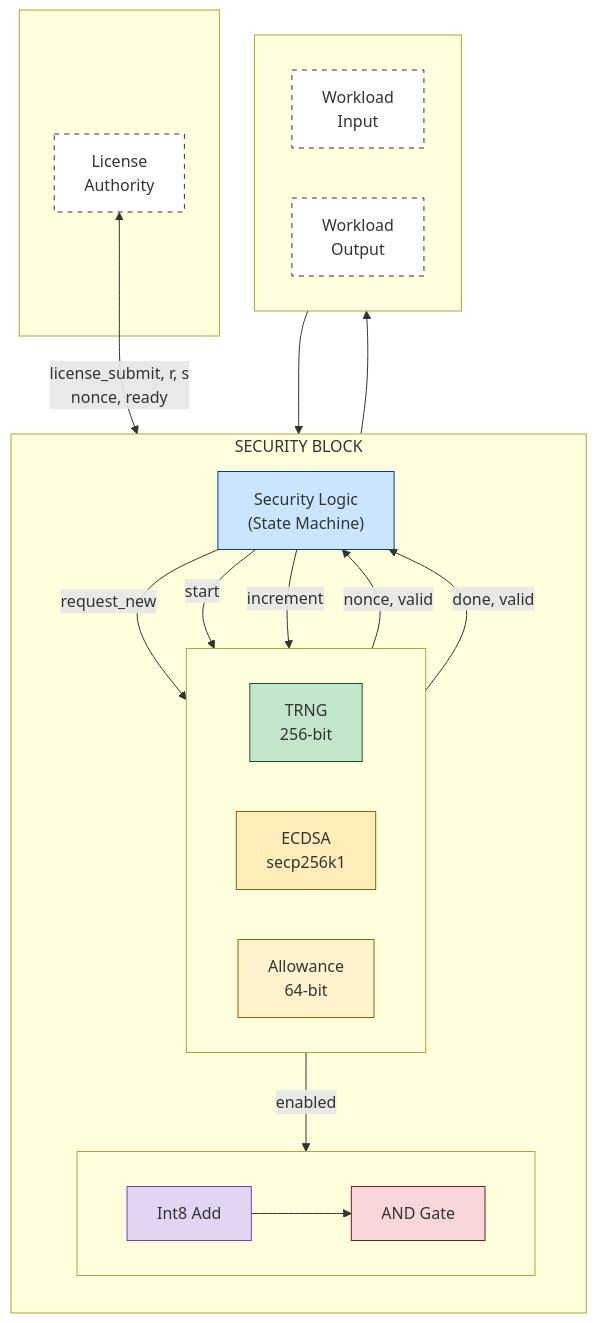
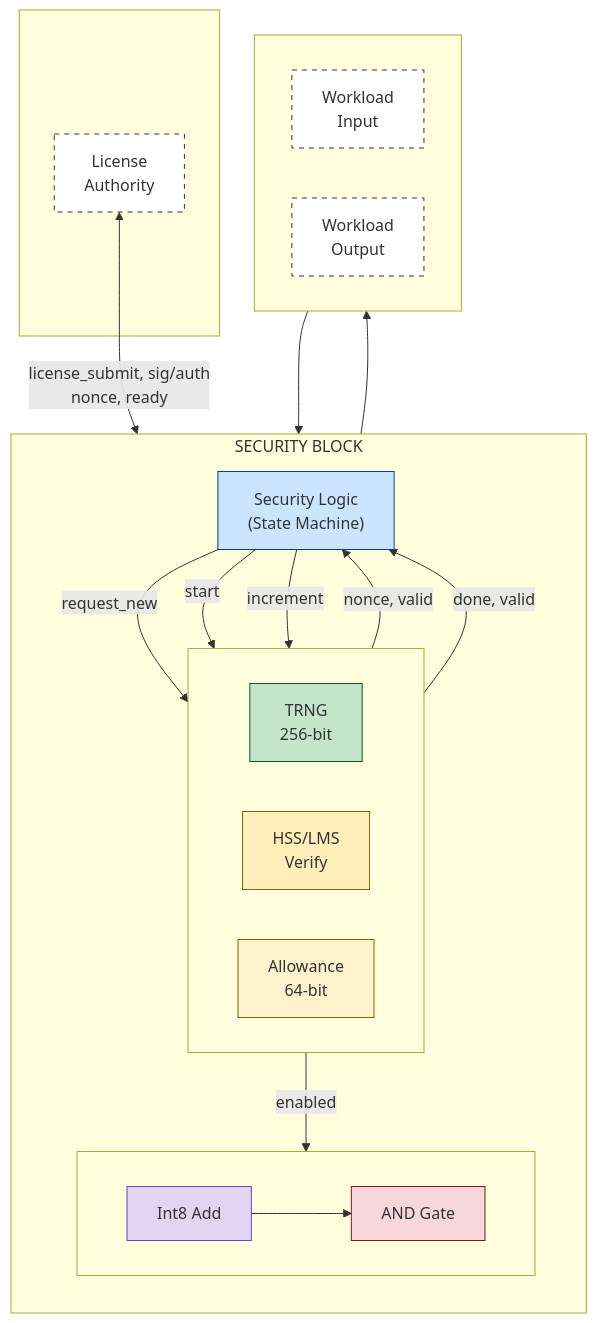
Before and after one commit to JamesPetrie/off-switch: the first of 3 diagrams in README.md, drawn with Mermaid. The commit also changed other lines of this file, not shown here.

First line of the commit message:
Update README for HSS/LMS replacement of ECDSA

````diff
--- a/README.md
+++ b/README.md
@@ -69,50 +73,50 @@
 ```mermaid
 flowchart TB
     subgraph external_left[" "]
         AUTH["License<br/>Authority"]:::external
     end
 
     subgraph SECURITY_BLOCK["SECURITY BLOCK"]
         direction TB
         SL["Security Logic<br/>(State Machine)"]:::security
 
         subgraph submodules[" "]
             direction LR
             TRNG["TRNG<br/>256-bit"]:::trng
-            ECDSA["ECDSA<br/>secp256k1"]:::ecdsa
+            HSS["HSS/LMS<br/>Verify"]:::hss
             ALLOW["Allowance<br/>64-bit"]:::allowance
         end
 
         subgraph datapath[" "]
             direction LR
             ADDER["Int8 Add"]:::adder
             AND["AND Gate"]:::andgate
         end
 
         SL -->|request_new| TRNG
         TRNG -->|"nonce, valid"| SL
-        SL -->|start| ECDSA
-        ECDSA -->|"done, valid"| SL
+        SL -->|start| HSS
+        HSS -->|"done, valid"| SL
         SL -->|increment| ALLOW
         ALLOW -->|enabled| AND
         ADDER --> AND
     end
 
     subgraph external_io[" "]
         direction LR
         WIN["Workload<br/>Input"]:::external
         WOUT["Workload<br/>Output"]:::external
     end
 
-    AUTH <-->|"license_submit, r, s<br/>nonce, ready"| SL
+    AUTH <-->|"license_submit, sig/auth<br/>nonce, ready"| SL
     WIN --> ADDER
     AND --> WOUT
 
     classDef external fill:#fff,stroke:#333,stroke-dasharray: 5 5
     classDef security fill:#cce5ff,stroke:#004085
     classDef trng fill:#c3e6cb,stroke:#155724
-    classDef ecdsa fill:#ffeeba,stroke:#856404
+    classDef hss fill:#ffeeba,stroke:#856404
     classDef allowance fill:#fff3cd,stroke:#856404
     classDef adder fill:#e2d5f1,stroke:#6f42c1
     classDef andgate fill:#f8d7da,stroke:#721c24
 ```
````
